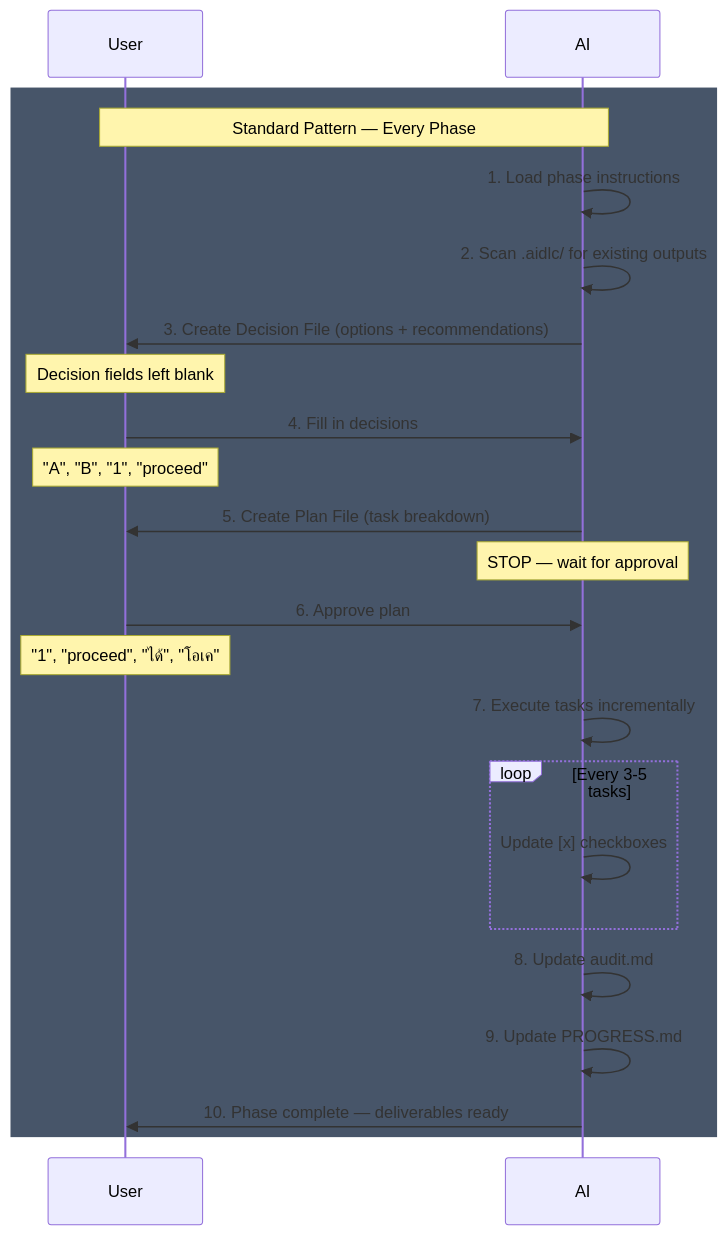
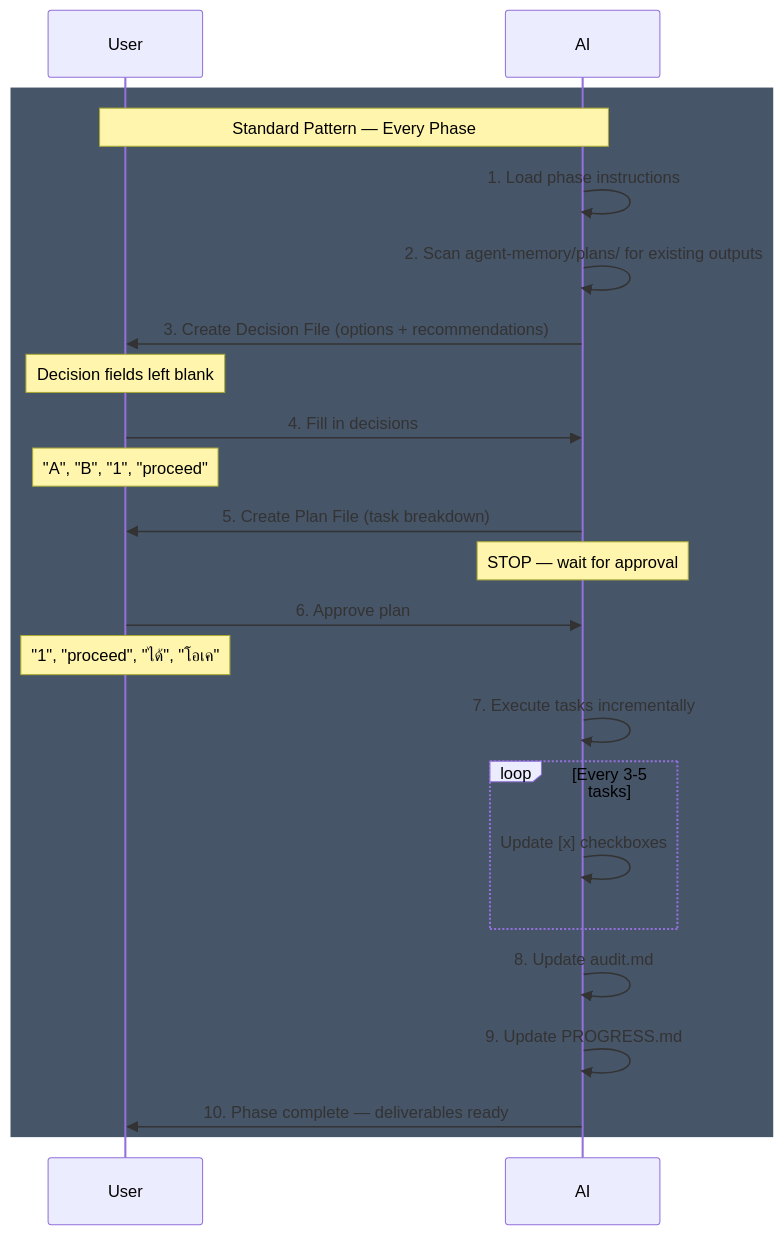
Before and after one commit to Vit129/skills: the second of 4 diagrams in skills/aidlc/aidlc-swimlane.md, drawn with Mermaid. The commit also changed other lines of this file and 62 other files, not shown here.

First line of the commit message:
feat: AIDLC single standard — all artifacts to agent-memory, no .aidlc/

````diff
--- a/skills/aidlc/aidlc-swimlane.md
+++ b/skills/aidlc/aidlc-swimlane.md
@@ -134,32 +134,32 @@
 ```mermaid
 sequenceDiagram
     participant User as User
     participant AI as AI
 
     rect rgb(71, 85, 105)
     Note over User,AI: Standard Pattern — Every Phase
 
     AI->>AI: 1. Load phase instructions
-    AI->>AI: 2. Scan .aidlc/ for existing outputs
+    AI->>AI: 2. Scan agent-memory/plans/ for existing outputs
     AI->>User: 3. Create Decision File (options + recommendations)
     Note over User: Decision fields left blank
 
     User->>AI: 4. Fill in decisions
     Note over User: "A", "B", "1", "proceed"
 
     AI->>User: 5. Create Plan File (task breakdown)
     Note over AI: STOP — wait for approval
 
     User->>AI: 6. Approve plan
     Note over User: "1", "proceed", "ได้", "โอเค"
 
     AI->>AI: 7. Execute tasks incrementally
     loop Every 3-5 tasks
         AI->>AI: Update [x] checkboxes
     end
 
     AI->>AI: 8. Update audit.md
     AI->>AI: 9. Update PROGRESS.md
     AI->>User: 10. Phase complete — deliverables ready
     end
 ```
````
